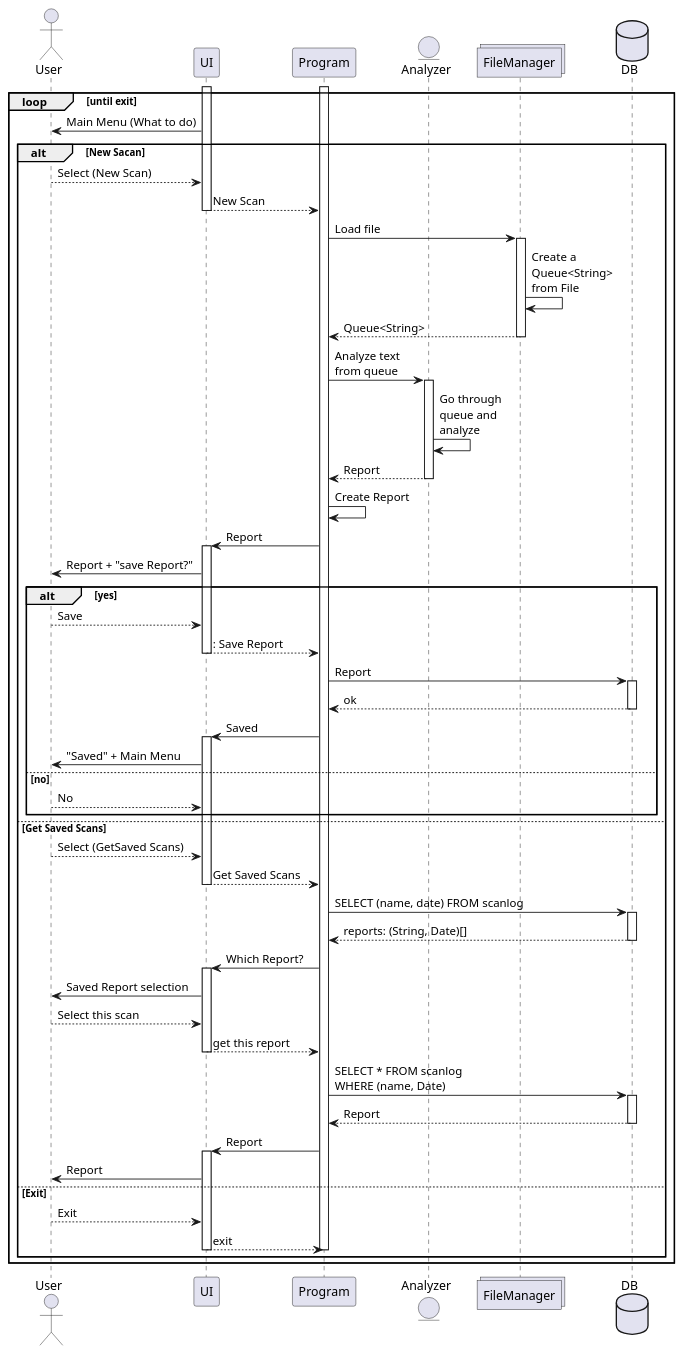
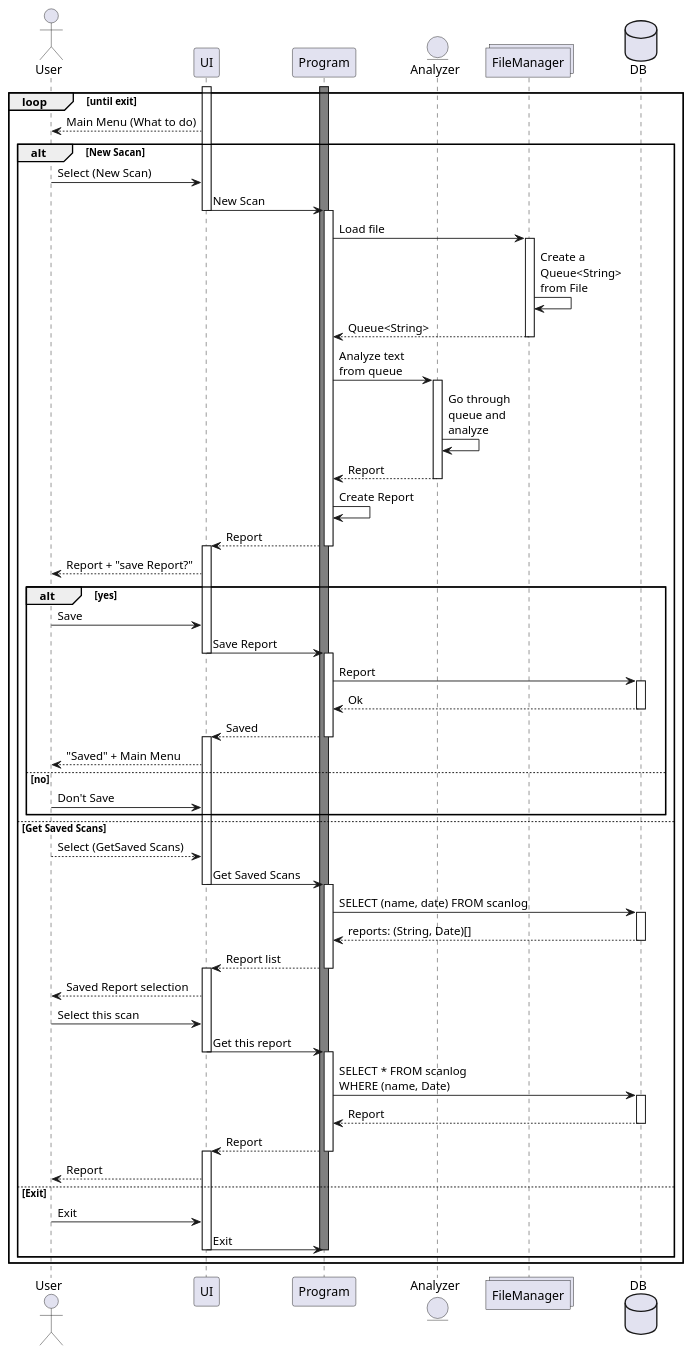
The diagram in diagrams/runtime.puml (Mimeas-Studies/pgr3302-1-Software-Design-Exam), drawn with PlantUML before and after one commit.

Commit message:
Changed arrow types and what is processing when

```diff
--- a/diagrams/runtime.puml
+++ b/diagrams/runtime.puml
@@ -1,88 +1,101 @@
 @startuml
 'https://plantuml.com/sequence-diagram
 
 'participents
 actor User
 participant UI
 participant Program
 entity Analyzer
 collections FileManager
 database DB
 
-activate Program
+activate Program #gray
+
 activate UI
-
 loop until exit
-UI -> User: Main Menu (What to do)
+UI --> User: Main Menu (What to do)
 
 alt New Sacan
 
-User --> UI: Select (New Scan)
-UI --> Program: New Scan
+User -> UI: Select (New Scan)
+UI -> Program: New Scan
 deactivate UI
+activate Program
 
 Program -> FileManager: Load file
 activate FileManager
 FileManager -> FileManager: Create a\nQueue<String>\nfrom File
 return Queue<String>
 
 
 Program -> Analyzer: Analyze text\nfrom queue
 activate Analyzer
 Analyzer -> Analyzer: Go through\nqueue and\nanalyze
 return Report
 
 'This is only ToString()
 Program -> Program: Create Report
 
-Program -> UI: Report
+Program --> UI: Report
+deactivate Program
 activate UI
-UI -> User: Report + "save Report?"
+UI --> User: Report + "save Report?"
 alt yes
-User --> UI: Save
-return: Save Report
+User -> UI: Save
+UI -> Program: Save Report
+deactivate UI
+activate Program
 
 Program -> DB: Report
 activate DB
-return ok
+return Ok
 
-Program -> UI: Saved
+Program --> UI: Saved
+deactivate Program
 activate UI
-UI -> User: "Saved" + Main Menu
+UI --> User: "Saved" + Main Menu
 else no
-User --> UI: No
+User -> UI: Don't Save
 end
 
 else Get Saved Scans
 
 User --> UI: Select (GetSaved Scans)
-return Get Saved Scans
+UI -> Program: Get Saved Scans
+deactivate UI
+activate Program
 
 Program -> DB: SELECT (name, date) FROM scanlog
 activate DB
 return reports: (String, Date)[]
 
-Program -> UI: Which Report?
+Program --> UI: Report list
+deactivate Program
 activate UI
-UI -> User: Saved Report selection
-User --> UI: Select this scan
-return get this report
+UI --> User: Saved Report selection
+User -> UI: Select this scan
+UI -> Program: Get this report
+deactivate UI
 
+activate Program
 Program -> DB:\
 SELECT * FROM scanlog\n\
 WHERE (name, Date)
 activate DB
 return Report
 
-Program -> UI: Report
+Program --> UI: Report
+deactivate Program
 activate UI
-UI -> User: Report
+UI --> User: Report
+
 else Exit
-User --> UI: Exit
-return exit
-deactivate Program
+User -> UI: Exit
+UI -> Program: Exit
+deactivate UI
+deactivate Program #gray
 end
 end
 
 
 @enduml
```
